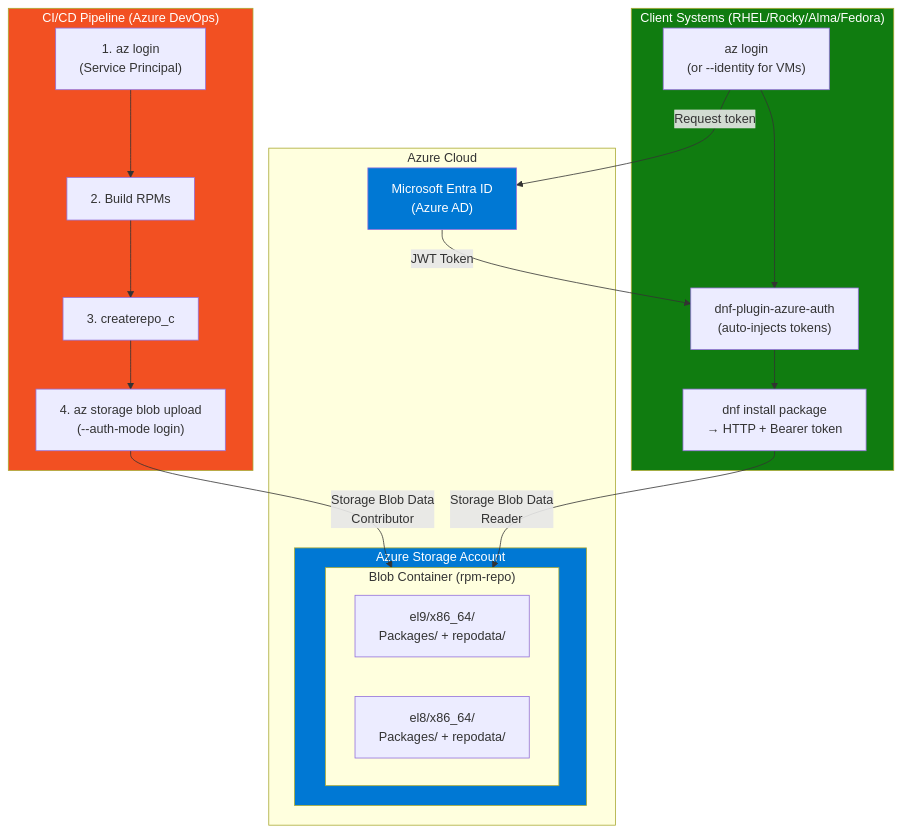
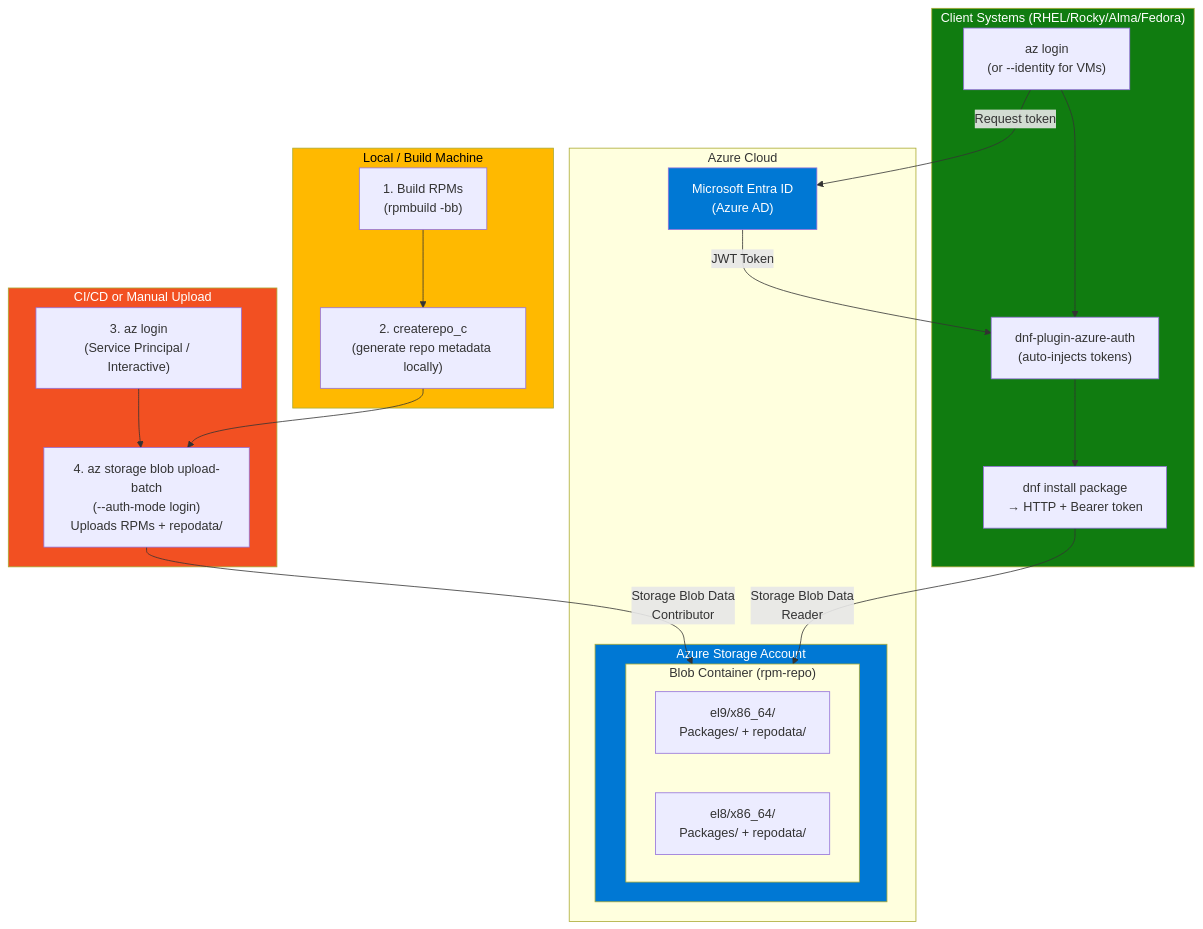
The first of 15 diagrams in README.md (san360/rpm-poc), drawn with Mermaid before and after one commit. The commit also changed other lines of this file and 1 other file, not shown here.

Commit message:
Update README and test script for improved RPM repository workflow and metadata handling

````diff
--- a/README.md
+++ b/README.md
@@ -61,37 +61,43 @@
 ```mermaid
 graph TB
     subgraph "Azure Cloud"
         AAD["Microsoft Entra ID<br/>(Azure AD)"]
         subgraph SA["Azure Storage Account"]
             subgraph BC["Blob Container (rpm-repo)"]
                 EL9["el9/x86_64/<br/>Packages/ + repodata/"]
                 EL8["el8/x86_64/<br/>Packages/ + repodata/"]
             end
         end
     end
 
-    subgraph CICD["CI/CD Pipeline (Azure DevOps)"]
-        Login1["1. az login<br/>(Service Principal)"]
-        Build["2. Build RPMs"]
-        Createrepo["3. createrepo_c"]
-        UploadBlob["4. az storage blob upload<br/>(--auth-mode login)"]
-        Login1 --> Build --> Createrepo --> UploadBlob
+    subgraph Local["Local / Build Machine"]
+        Build["1. Build RPMs<br/>(rpmbuild -bb)"]
+        Createrepo["2. createrepo_c<br/>(generate repo metadata locally)"]
+        Build --> Createrepo
+    end
+
+    subgraph CICD["CI/CD or Manual Upload"]
+        Login1["3. az login<br/>(Service Principal / Interactive)"]
+        UploadBlob["4. az storage blob upload-batch<br/>(--auth-mode login)<br/>Uploads RPMs + repodata/"]
+        Login1 --> UploadBlob
     end
 
     subgraph Client["Client Systems (RHEL/Rocky/Alma/Fedora)"]
         AZLogin["az login<br/>(or --identity for VMs)"]
         Plugin["dnf-plugin-azure-auth<br/>(auto-injects tokens)"]
         DNFInstall["dnf install package<br/>→ HTTP + Bearer token"]
         AZLogin --> Plugin --> DNFInstall
     end
 
+    Createrepo --> UploadBlob
     UploadBlob -- "Storage Blob Data<br/>Contributor" --> BC
     AZLogin -- "Request token" --> AAD
     AAD -- "JWT Token" --> Plugin
     DNFInstall -- "Storage Blob Data<br/>Reader" --> BC
 
     style AAD fill:#0078D4,color:#fff
     style SA fill:#0078D4,color:#fff
+    style Local fill:#FFB900,color:#000
     style CICD fill:#F25022,color:#fff
     style Client fill:#107C10,color:#fff
 ```
````
